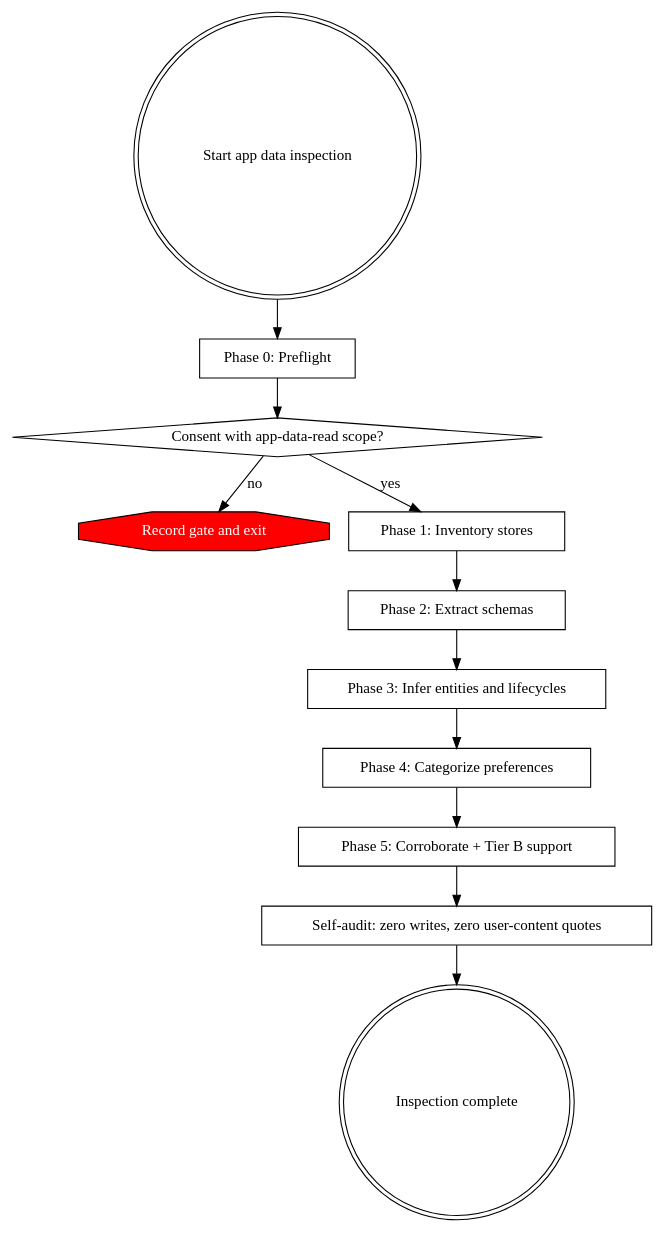
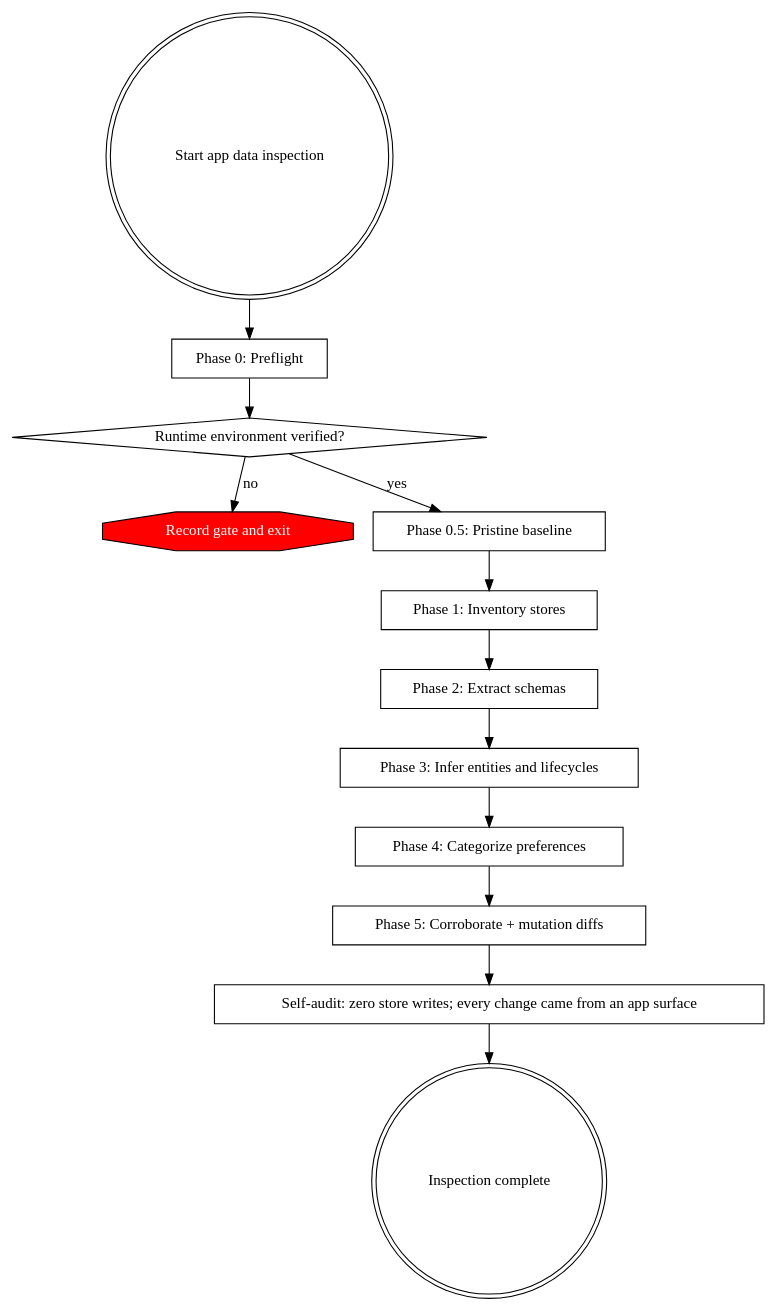
One commit to jacobthemyth/greenfield changed the diagram in skills/app-data-inspection/SKILL.md. Above: the diagram before and after it, drawn with Graphviz. The commit also changed other lines of this file and 2 other files, not shown here.

First line of the commit message:
feat(skills): rewrite macOS runtime skills for read+write disposable environments

````diff
--- a/skills/app-data-inspection/SKILL.md
+++ b/skills/app-data-inspection/SKILL.md
@@ -46,28 +64,30 @@
 ```dot
 digraph app_data_inspection {
     rankdir=TB;
 
     "Start app data inspection" [shape=doublecircle];
     "Phase 0: Preflight" [shape=box];
-    "Consent with app-data-read scope?" [shape=diamond];
+    "Runtime environment verified?" [shape=diamond];
     "Record gate and exit" [shape=octagon, style=filled, fillcolor=red, fontcolor=white];
+    "Phase 0.5: Pristine baseline" [shape=box];
     "Phase 1: Inventory stores" [shape=box];
     "Phase 2: Extract schemas" [shape=box];
     "Phase 3: Infer entities and lifecycles" [shape=box];
     "Phase 4: Categorize preferences" [shape=box];
-    "Phase 5: Corroborate + Tier B support" [shape=box];
-    "Self-audit: zero writes, zero user-content quotes" [shape=box];
+    "Phase 5: Corroborate + mutation diffs" [shape=box];
+    "Self-audit: zero store writes; every change came from an app surface" [shape=box];
     "Inspection complete" [shape=doublecircle];
 
     "Start app data inspection" -> "Phase 0: Preflight";
-    "Phase 0: Preflight" -> "Consent with app-data-read scope?";
-    "Consent with app-data-read scope?" -> "Record gate and exit" [label="no"];
-    "Consent with app-data-read scope?" -> "Phase 1: Inventory stores" [label="yes"];
+    "Phase 0: Preflight" -> "Runtime environment verified?";
+    "Runtime environment verified?" -> "Record gate and exit" [label="no"];
+    "Runtime environment verified?" -> "Phase 0.5: Pristine baseline" [label="yes"];
+    "Phase 0.5: Pristine baseline" -> "Phase 1: Inventory stores";
     "Phase 1: Inventory stores" -> "Phase 2: Extract schemas";
     "Phase 2: Extract schemas" -> "Phase 3: Infer entities and lifecycles";
     "Phase 3: Infer entities and lifecycles" -> "Phase 4: Categorize preferences";
-    "Phase 4: Categorize preferences" -> "Phase 5: Corroborate + Tier B support";
-    "Phase 5: Corroborate + Tier B support" -> "Self-audit: zero writes, zero user-content quotes";
-    "Self-audit: zero writes, zero user-content quotes" -> "Inspection complete";
+    "Phase 4: Categorize preferences" -> "Phase 5: Corroborate + mutation diffs";
+    "Phase 5: Corroborate + mutation diffs" -> "Self-audit: zero store writes; every change came from an app surface";
+    "Self-audit: zero store writes; every change came from an app surface" -> "Inspection complete";
 }
 ```
````
